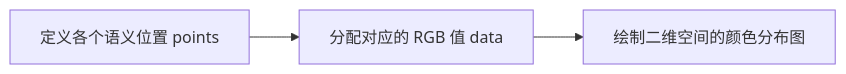
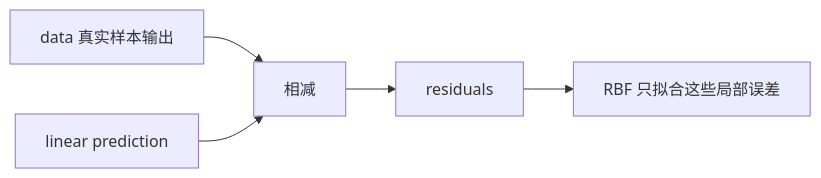
One commit to EvihGraphics/AnimationTech-HTC changed the fifth of 14 diagrams in docs/blog/Theory/radial_basis_function_verbs_and_adverbs/README.md. Above: the diagram before and after it, drawn with Mermaid. The commit also changed other lines of this file and 6 other files, not shown here.

````diff
--- a/docs/blog/Theory/radial_basis_function_verbs_and_adverbs/README.md
+++ b/docs/blog/Theory/radial_basis_function_verbs_and_adverbs/README.md
@@ -100,5 +149,7 @@
 ```mermaid
 flowchart LR
-    A[定义各个语义位置 points] --> B[分配对应的 RGB 值 data]
-    B --> C[绘制二维空间的颜色分布图]
+    A[data 真实样本输出] --> C[相减]
+    B[linear prediction] --> C
+    C --> D[residuals]
+    D --> E[RBF 只拟合这些局部误差]
 ```
````
